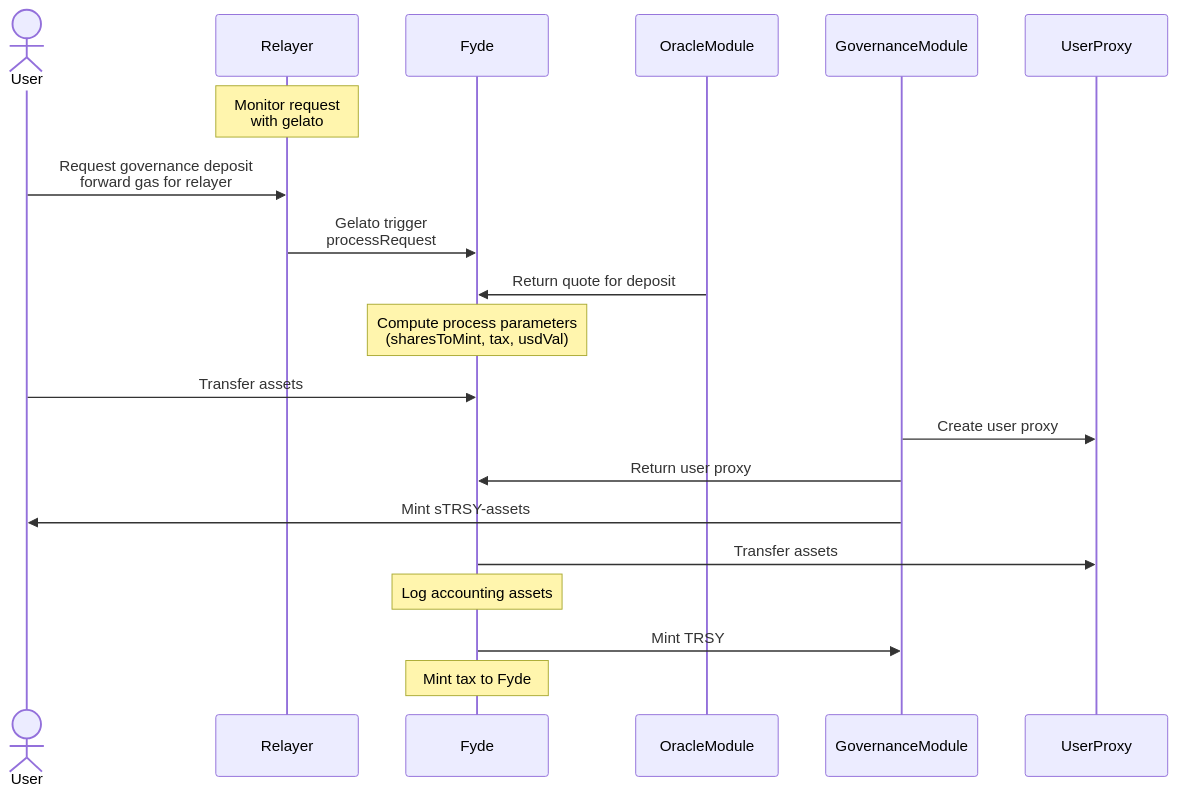
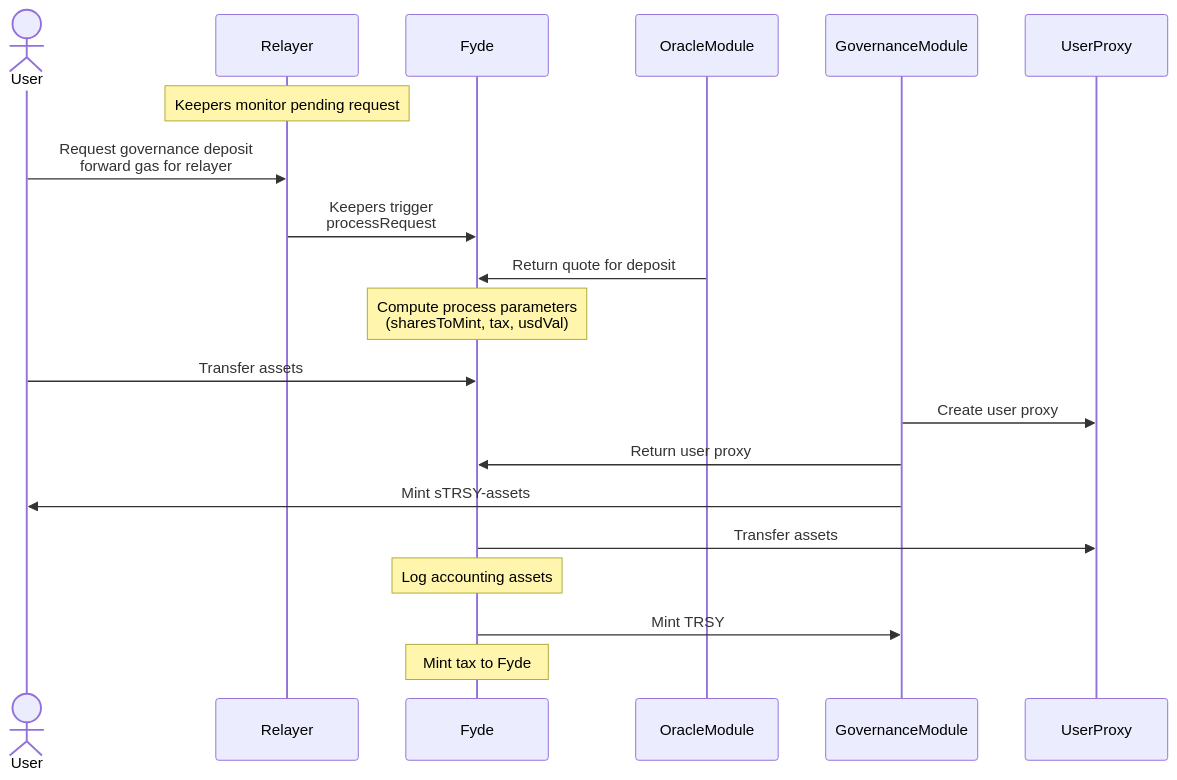
One commit to sighingnow/jekyll-gitbook changed the diagram in mermaid_files/GovernanceDeposit.mmd. Above: the diagram before and after it, drawn with Mermaid. The commit also changed 11 other files, not shown here.

```diff
--- a/mermaid_files/GovernanceDeposit.mmd
+++ b/mermaid_files/GovernanceDeposit.mmd
@@ -1,15 +1,15 @@
 sequenceDiagram
     actor User
-    Note over Relayer: Monitor request <br/> with gelato
+    Note over Relayer: Keepers monitor pending request
     User ->> Relayer: Request governance deposit <br/> forward gas for relayer
-    Relayer ->> Fyde: Gelato trigger <br/> processRequest
+    Relayer ->> Fyde: Keepers trigger <br/> processRequest
     OracleModule ->> Fyde: Return quote for deposit
     Note over Fyde: Compute process parameters <br/> (sharesToMint, tax, usdVal)
     User ->> Fyde: Transfer assets
     GovernanceModule ->> UserProxy: Create user proxy
     GovernanceModule ->> Fyde: Return user proxy
     GovernanceModule ->>  User: Mint sTRSY-assets
     Fyde ->> UserProxy: Transfer assets
     Note over Fyde: Log accounting assets
     Fyde ->> GovernanceModule: Mint TRSY
     Note over Fyde: Mint tax to Fyde
```
